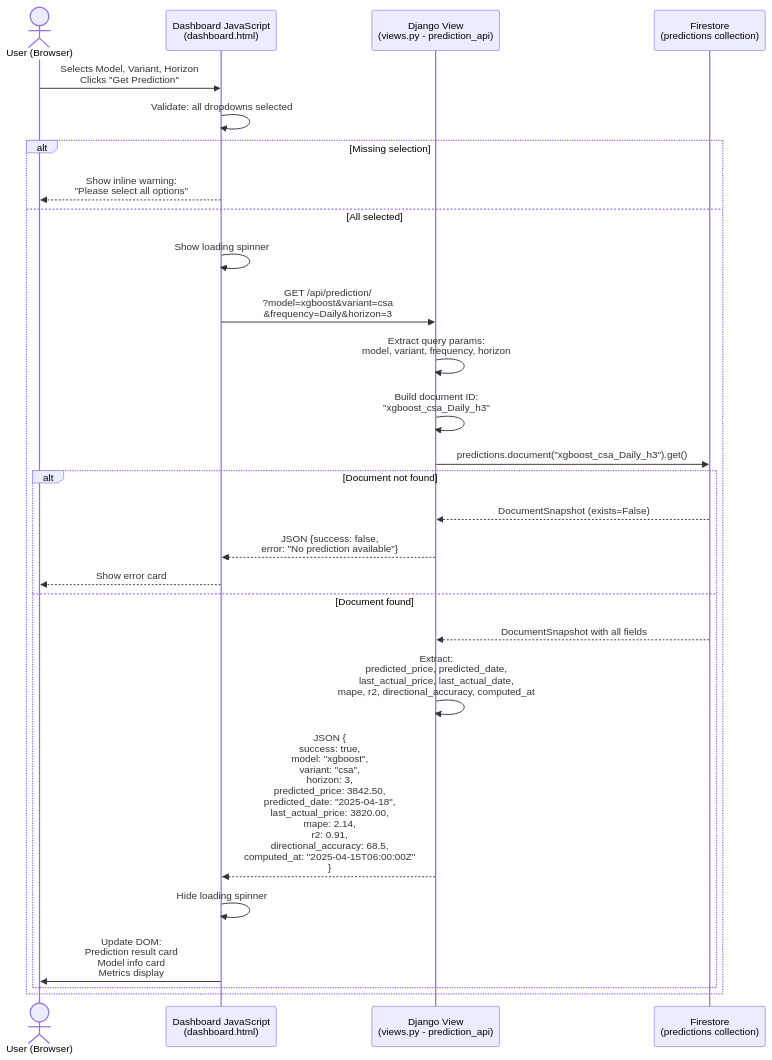
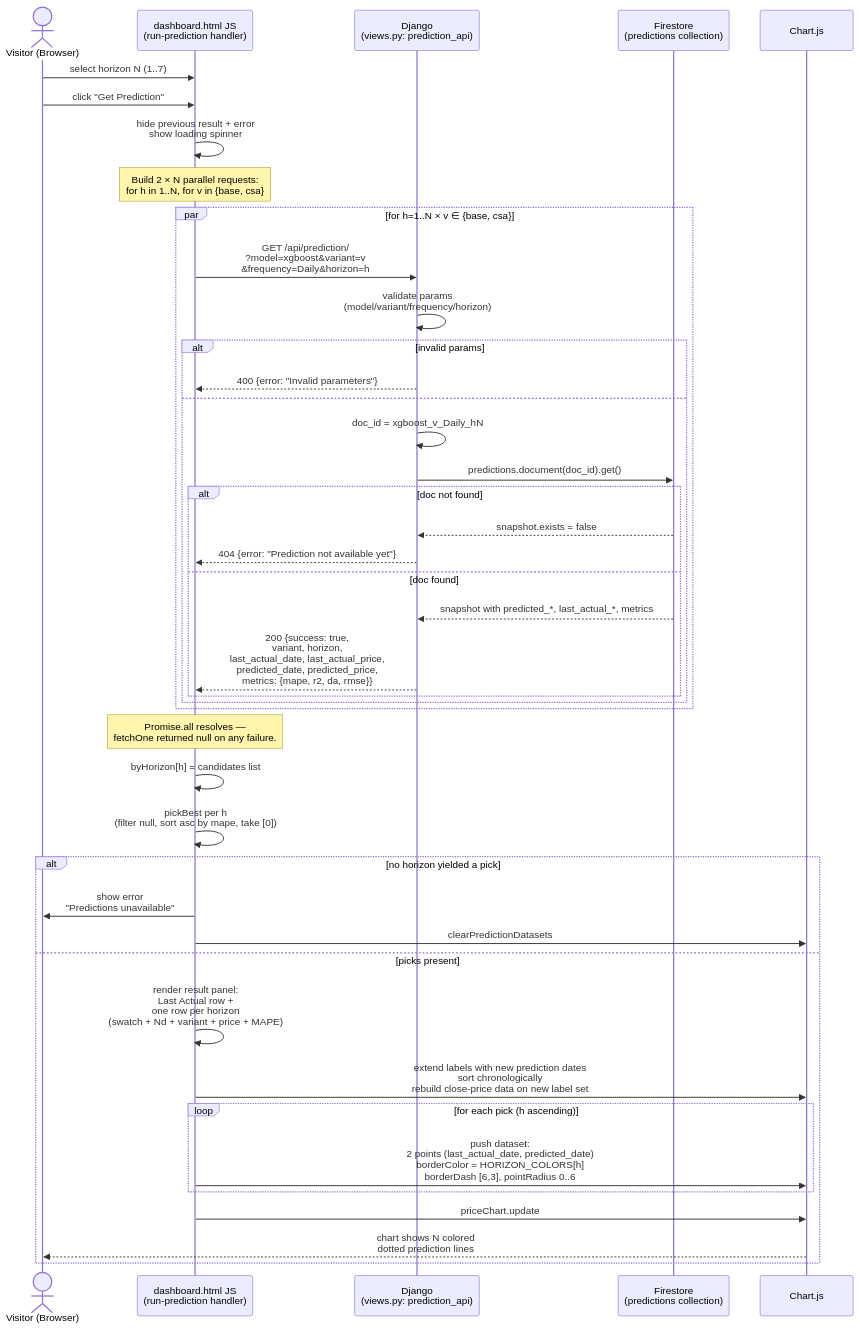
One commit to MemetStrain/Skripsi-sentiment changed the second of 3 diagrams in diagrams/sequence.md. Above: the diagram before and after it, drawn with Mermaid. The commit also changed other lines of this file and 2 other files, not shown here.

First line of the commit message:
docs(diagrams): rewrite use-case, activity, sequence for current website

````diff
--- a/diagrams/sequence.md
+++ b/diagrams/sequence.md
@@ -26,41 +87,56 @@
 ```mermaid
 sequenceDiagram
-    actor U as User (Browser)
-    participant JS as Dashboard JavaScript<br/>(dashboard.html)
-    participant DV as Django View<br/>(views.py - prediction_api)
+    actor V as Visitor (Browser)
+    participant JS as dashboard.html JS<br/>(run-prediction handler)
+    participant DJ as Django<br/>(views.py: prediction_api)
     participant FS as Firestore<br/>(predictions collection)
+    participant CH as Chart.js
 
-    U->>JS: Selects Model, Variant, Horizon<br/>Clicks "Get Prediction"
+    V->>JS: select horizon N (1..7)
+    V->>JS: click "Get Prediction"
 
-    JS->>JS: Validate: all dropdowns selected
+    JS->>JS: hide previous result + error<br/>show loading spinner
 
-    alt Missing selection
-        JS-->>U: Show inline warning:<br/>"Please select all options"
-    else All selected
-        JS->>JS: Show loading spinner
+    Note over JS: Build 2 × N parallel requests:<br/>for h in 1..N, for v in {base, csa}
 
-        JS->>DV: GET /api/prediction/<br/>?model=xgboost&variant=csa<br/>&frequency=Daily&horizon=3
+    par for h=1..N × v ∈ {base, csa}
+        JS->>DJ: GET /api/prediction/<br/>?model=xgboost&variant=v<br/>&frequency=Daily&horizon=h
+        DJ->>DJ: validate params<br/>(model/variant/frequency/horizon)
 
-        DV->>DV: Extract query params:<br/>model, variant, frequency, horizon
+        alt invalid params
+            DJ-->>JS: 400 {error: "Invalid parameters"}
+        else
+            DJ->>DJ: doc_id = xgboost_v_Daily_hN
+            DJ->>FS: predictions.document(doc_id).get()
 
-        DV->>DV: Build document ID:<br/>"xgboost_csa_Daily_h3"
-
-        DV->>FS: predictions.document("xgboost_csa_Daily_h3").get()
-
-        alt Document not found
-            FS-->>DV: DocumentSnapshot (exists=False)
-            DV-->>JS: JSON {success: false,<br/>error: "No prediction available"}
-            JS-->>U: Show error card
-        else Document found
-            FS-->>DV: DocumentSnapshot with all fields
-
-            DV->>DV: Extract:<br/>predicted_price, predicted_date,<br/>last_actual_price, last_actual_date,<br/>mape, r2, directional_accuracy, computed_at
-
-            DV-->>JS: JSON {<br/>  success: true,<br/>  model: "xgboost",<br/>  variant: "csa",<br/>  horizon: 3,<br/>  predicted_price: 3842.50,<br/>  predicted_date: "2025-04-18",<br/>  last_actual_price: 3820.00,<br/>  mape: 2.14,<br/>  r2: 0.91,<br/>  directional_accuracy: 68.5,<br/>  computed_at: "2025-04-15T06:00:00Z"<br/>}
-
-            JS->>JS: Hide loading spinner
-
-            JS->>U: Update DOM:<br/>Prediction result card<br/>Model info card<br/>Metrics display
+            alt doc not found
+                FS-->>DJ: snapshot.exists = false
+                DJ-->>JS: 404 {error: "Prediction not available yet"}
+            else doc found
+                FS-->>DJ: snapshot with predicted_*, last_actual_*, metrics
+                DJ-->>JS: 200 {success: true,<br/>variant, horizon,<br/>last_actual_date, last_actual_price,<br/>predicted_date, predicted_price,<br/>metrics: {mape, r2, da, rmse}}
+            end
         end
     end
+
+    Note over JS: Promise.all resolves —<br/>fetchOne returned null on any failure.
+
+    JS->>JS: byHorizon[h] = candidates list
+    JS->>JS: pickBest per h<br/>(filter null, sort asc by mape, take [0])
+
+    alt no horizon yielded a pick
+        JS->>V: show error<br/>"Predictions unavailable"
+        JS->>CH: clearPredictionDatasets
+    else picks present
+        JS->>JS: render result panel:<br/>Last Actual row +<br/>one row per horizon<br/>(swatch + Nd + variant + price + MAPE)
+
+        JS->>CH: extend labels with new prediction dates<br/>sort chronologically<br/>rebuild close-price data on new label set
+
+        loop for each pick (h ascending)
+            JS->>CH: push dataset:<br/>2 points (last_actual_date, predicted_date)<br/>borderColor = HORIZON_COLORS[h]<br/>borderDash [6,3], pointRadius 0..6
+        end
+
+        JS->>CH: priceChart.update
+        CH-->>V: chart shows N colored<br/>dotted prediction lines
+    end
 ```
````
